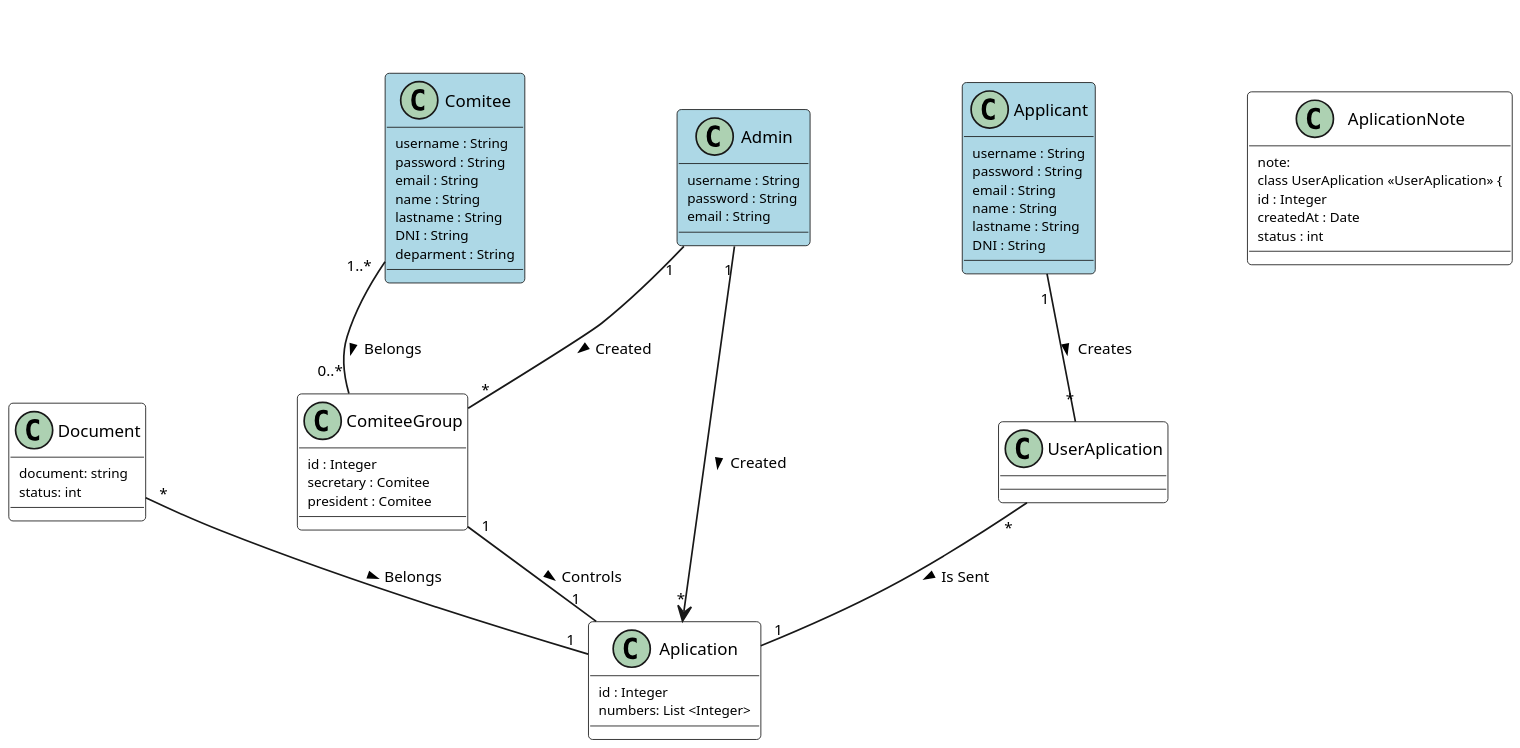
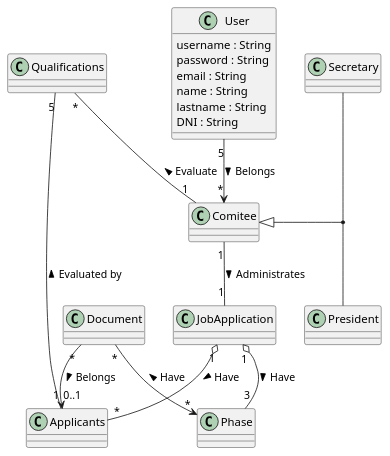
One commit to UdL-EPS-SoftArch/AcademicRecruitAPI-GEI changed the diagram in uml.puml. Above: the diagram before and after it, drawn with PlantUML.

```diff
--- a/uml.puml
+++ b/uml.puml
@@ -1,80 +1,45 @@
 @startuml
-skinparam dpi 200
-skinparam classAttributeFontSize 8
-skinparam classArrowFontSize 9
-skinparam classFontSize 10
-skinparam nodesep 90
-skinparam ranksep 40
-hide stereotype
-
-skinparam class {
-	BackgroundColor White
-	BackgroundColor<<User>> LightBlue
-}
-skinparam shadowing false
-
-skinparam package<<Layout>> {
-  borderColor Transparent
-  backgroundColor Transparent
-  fontColor Transparent
-  stereotypeFontColor Transparent
-}
-
-
-package Users <<Layout>>{
-    class Applicant <<User>> {
+class User{
         username : String
         password : String
         email : String
         name : String
         lastname : String
         DNI : String
-    }
-
-    class Comitee <<User>> {
-        username : String
-        password : String
-        email : String
-        name : String
-        lastname : String
-        DNI : String
-        deparment : String
-    }
-
-    class Admin<<User>> {
-        username : String
-        password : String
-        email : String
-    }
 }
-class ComiteeGroup <<ComiteeGroup>> {
-    id : Integer
-    secretary : Comitee
-    president : Comitee
-
-}
-class Aplication <<Aplication>> {
-    id : Integer
-    numbers: List <Integer>
-}
-class Document <<Document>> {
-    document: string
-    status: int
-}
-class AplicationNote <<AplicationNote>> {
-    note: 
-class UserAplication <<UserAplication>> {
-    id : Integer
-    createdAt : Date
-    status : int
-    
+class Comitee{
 }
 
-ComiteeGroup "0..*" -- "1..*" Comitee : Belongs <
-ComiteeGroup "1" -- "1" Aplication : Controls >
-Applicant "1" -- "*" UserAplication : Creates >
-UserAplication "*" -- "1" Aplication : Is Sent >
-Document "*" -- "1" Aplication : Belongs >
-Admin "1" -- "*" ComiteeGroup : Created >
-Admin "1" --> "*" Aplication : Created >
+class Secretary {
+}
+
+class President {
+}
+
+
+class JobApplication {
+}
+
+class Phase {
+}
+class Applicants {
+}
+class Qualifications {
+}
+class Document {
+}
+
+User "5" --> "*" Comitee:Belongs >
+
+Qualifications "*" -- "1" Comitee:Evaluate <
+
+Comitee "1" -- "1" JobApplication:Administrates >
+Comitee <|-- (Secretary, President)
+
+Document "*" --> "*" Phase:Have <
+JobApplication "1" o-- "3" Phase:Have > 
+
+JobApplication "1" o-- "*" Applicants:Have >
+Qualifications "5" -- "1" Applicants:Evaluated by < 
+Document "*" --> "0..1" Applicants:Belongs >
 @enduml
```
